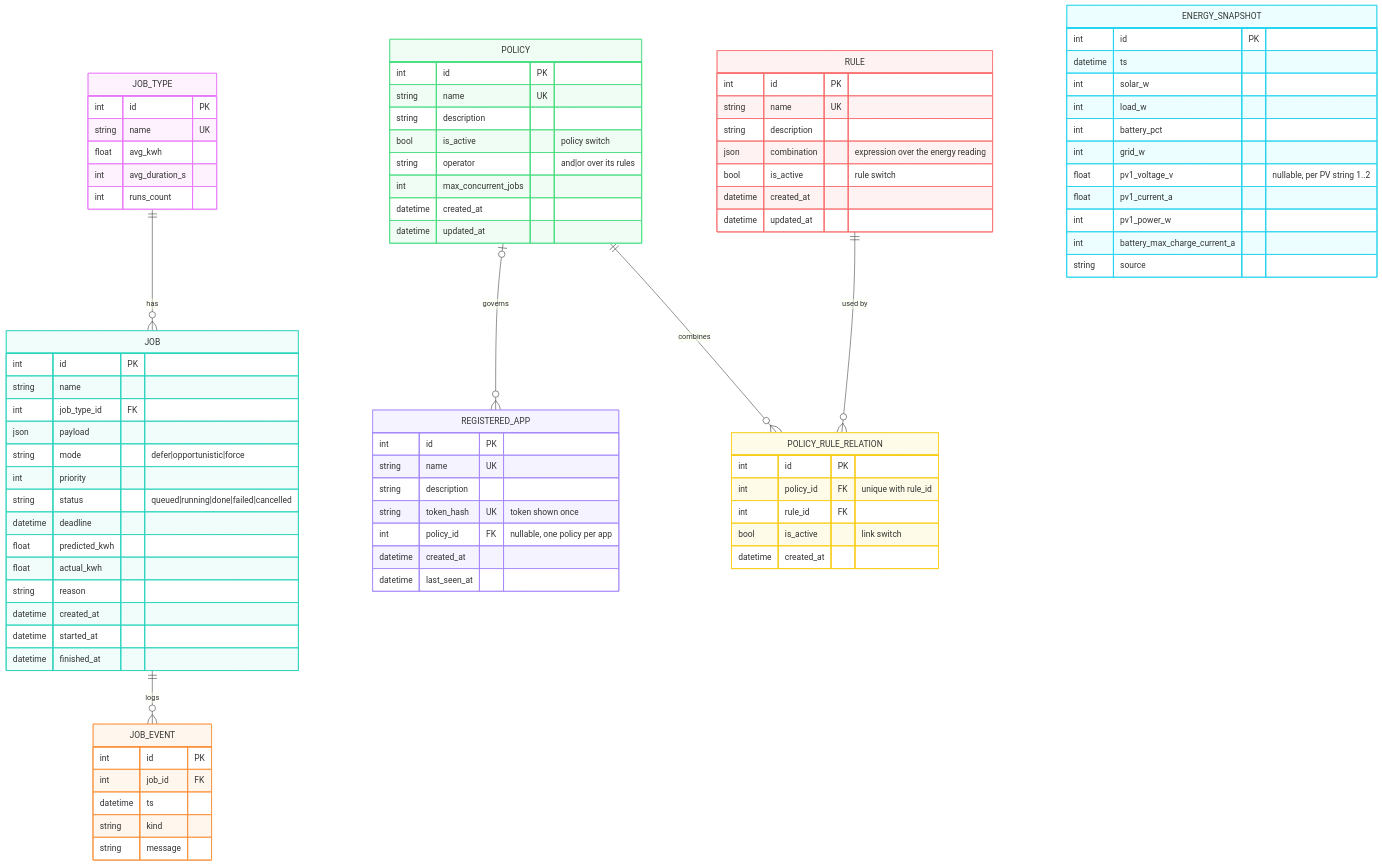
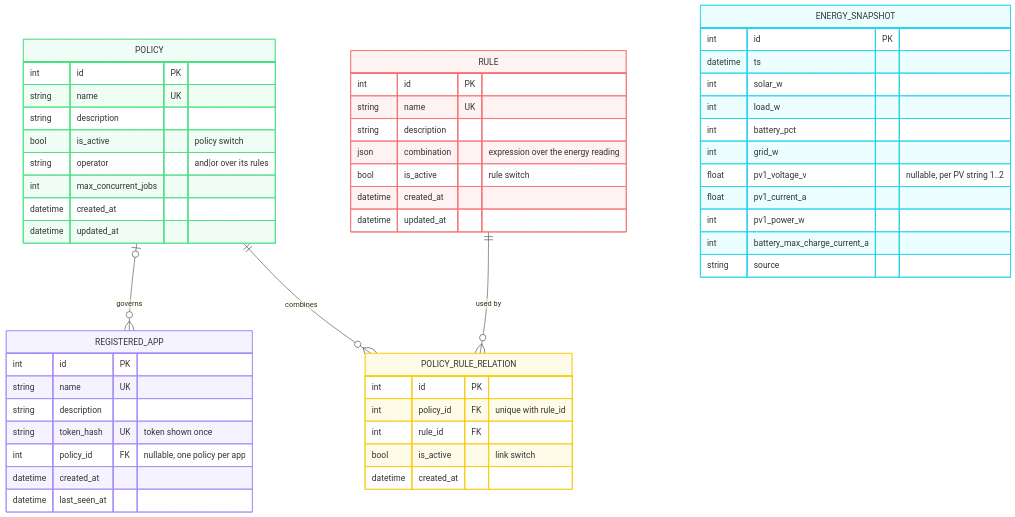
Before and after one commit to Solyariy/DirectorApp: the diagram in docs/db-schema.mmd, drawn with Mermaid. The commit also changed 5 other files, not shown here.

```diff
--- a/docs/db-schema.mmd
+++ b/docs/db-schema.mmd
@@ -1,110 +1,69 @@
 erDiagram
-    JOB_TYPE ||--o{ JOB : has
-    JOB ||--o{ JOB_EVENT : logs
     POLICY |o--o{ REGISTERED_APP : governs
     POLICY ||--o{ POLICY_RULE_RELATION : combines
     RULE ||--o{ POLICY_RULE_RELATION : "used by"
-
-    JOB_TYPE {
-        int id PK
-        string name UK
-        float avg_kwh
-        int avg_duration_s
-        int runs_count
-    }
-
-    JOB {
-        int id PK
-        string name
-        int job_type_id FK
-        json payload
-        string mode "defer|opportunistic|force"
-        int priority
-        string status "queued|running|done|failed|cancelled"
-        datetime deadline
-        float predicted_kwh
-        float actual_kwh
-        string reason
-        datetime created_at
-        datetime started_at
-        datetime finished_at
-    }
-
-    JOB_EVENT {
-        int id PK
-        int job_id FK
-        datetime ts
-        string kind
-        string message
-    }
 
     ENERGY_SNAPSHOT {
         int id PK
         datetime ts
         int solar_w
         int load_w
         int battery_pct
         int grid_w
         float pv1_voltage_v "nullable, per PV string 1..2"
         float pv1_current_a
         int pv1_power_w
         int battery_max_charge_current_a
         string source
     }
 
     REGISTERED_APP {
         int id PK
         string name UK
         string description
         string token_hash UK "token shown once"
         int policy_id FK "nullable, one policy per app"
         datetime created_at
         datetime last_seen_at
     }
 
     POLICY {
         int id PK
         string name UK
         string description
         bool is_active "policy switch"
         string operator "and|or over its rules"
         int max_concurrent_jobs
         datetime created_at
         datetime updated_at
     }
 
     POLICY_RULE_RELATION {
         int id PK
         int policy_id FK "unique with rule_id"
         int rule_id FK
         bool is_active "link switch"
         datetime created_at
     }
 
     RULE {
         int id PK
         string name UK
         string description
         json combination "expression over the energy reading"
         bool is_active "rule switch"
         datetime created_at
         datetime updated_at
     }
 
-    classDef jobType fill:#fdf2fd,stroke:#e879f9
-    classDef job fill:#f0fdfa,stroke:#2dd4bf
-    classDef jobEvent fill:#fff7ed,stroke:#fb923c
     classDef energy fill:#ecfeff,stroke:#22d3ee
     classDef policy fill:#f0fdf4,stroke:#4ade80
     classDef app fill:#f5f3ff,stroke:#a78bfa
     classDef edge fill:#fefce8,stroke:#facc15
     classDef rule fill:#fef2f2,stroke:#f87171
 
-    class JOB_TYPE jobType
-    class JOB job
-    class JOB_EVENT jobEvent
     class ENERGY_SNAPSHOT energy
     class POLICY policy
     class REGISTERED_APP app
     class POLICY_RULE_RELATION edge
     class RULE rule
```
